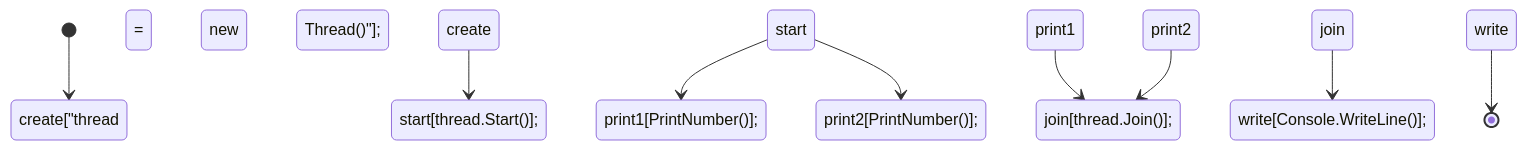
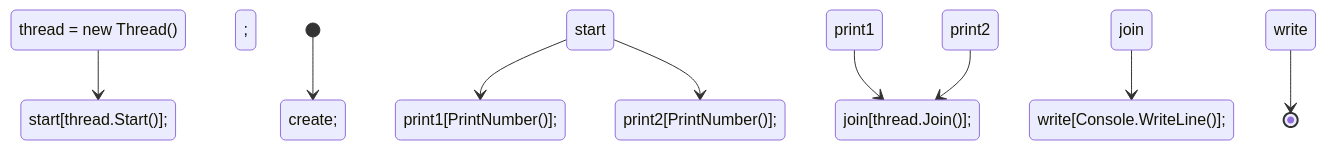
One commit to lupamedeiros/pjd_redes changed the diagram in aula_02/README.md. Above: the diagram before and after it, drawn with Mermaid.

````diff
--- a/aula_02/README.md
+++ b/aula_02/README.md
@@ -82,11 +82,12 @@
 ```mermaid
 stateDiagram-v2 
-    [*] --> create["thread = new Thread()"];
+    create : thread = new Thread();
+    [*] --> create;
     create --> start[thread.Start()];
     start --> print1[PrintNumber()];
     start --> print2[PrintNumber()];
     print1 --> join[thread.Join()];
     print2 --> join[thread.Join()];
     join --> write[Console.WriteLine()];
     write --> [*]
 ```
````
